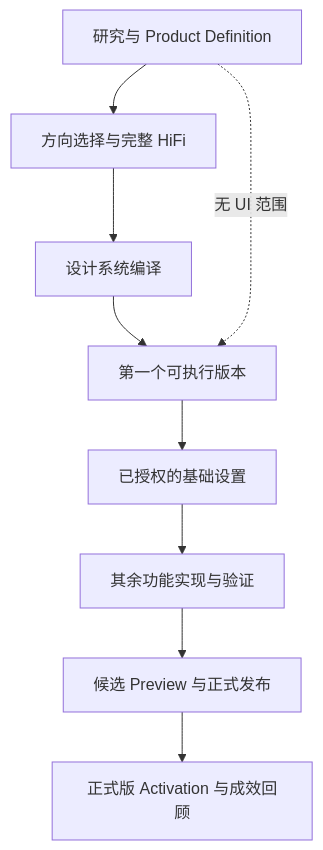
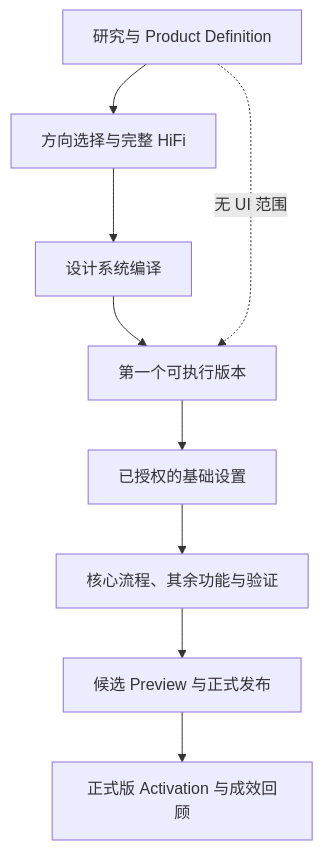
The first of 4 diagrams in README.zh-CN.md (Phlegonlabs/product-delivery-harness), drawn with Mermaid before and after one commit. The commit also changed other lines of this file and 8 other files, not shown here.

````diff
--- a/README.zh-CN.md
+++ b/README.zh-CN.md
@@ -77,11 +77,11 @@
 ```mermaid
 flowchart TD
   P[研究与 Product Definition] --> U[方向选择与完整 HiFi]
   U --> D[设计系统编译]
   D --> B[第一个可执行版本]
   P -. 无 UI 范围 .-> B
   B --> F[已授权的基础设置]
-  F --> I[其余功能实现与验证]
+  F --> I[核心流程、其余功能与验证]
   I --> R[候选 Preview 与正式发布]
   R --> A[正式版 Activation 与成效回顾]
 ```
````
